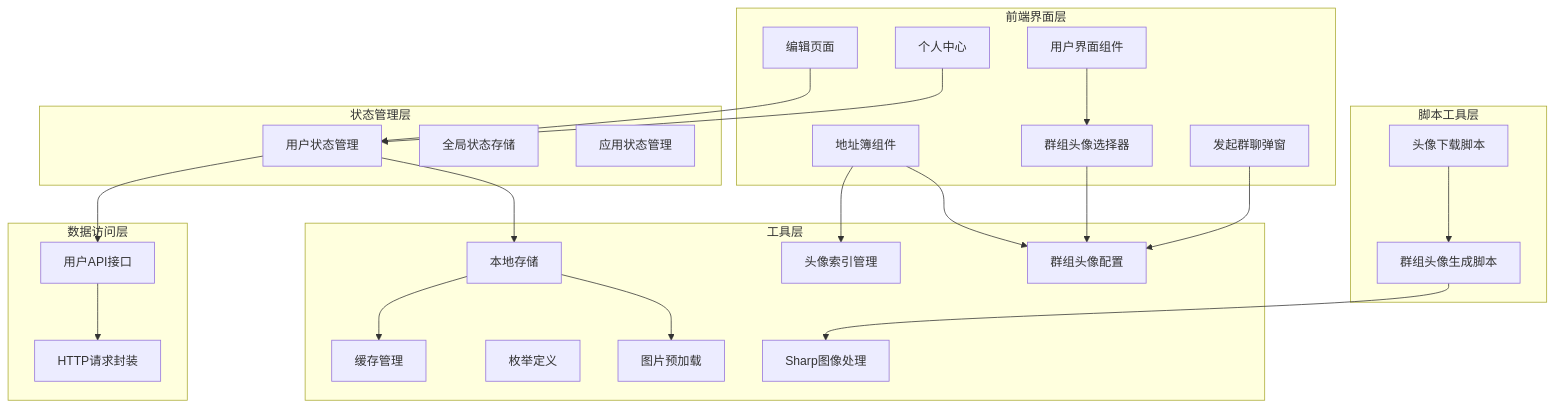
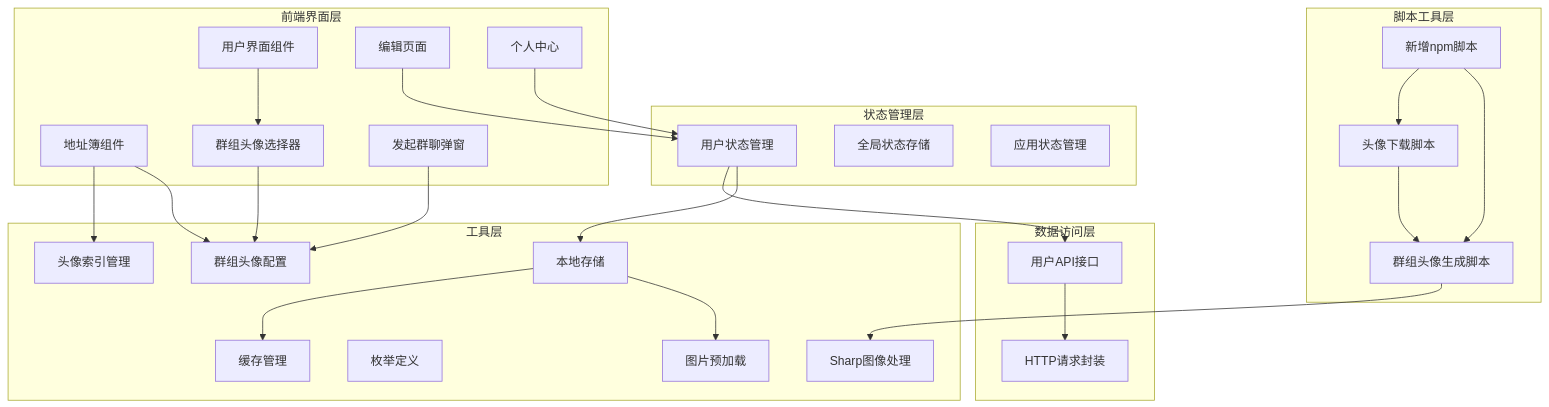
Before and after one commit to giserman001/vue3-vant4-mobile: the first of 11 diagrams in .qoder/repowiki/zh/content/核心系统/头像管理系统.md, drawn with Mermaid. The commit also changed other lines of this file and 9 other files, not shown here.

````diff
--- a/.qoder/repowiki/zh/content/核心系统/头像管理系统.md
+++ b/.qoder/repowiki/zh/content/核心系统/头像管理系统.md
@@ -60,47 +61,50 @@
 ```mermaid
 graph TB
 subgraph "前端界面层"
 A[用户界面组件]
 B[编辑页面]
 C[个人中心]
 D[地址簿组件]
 E[群组头像选择器]
 F[发起群聊弹窗]
 end
 subgraph "状态管理层"
 G[用户状态管理]
 H[全局状态存储]
 I[应用状态管理]
 end
 subgraph "数据访问层"
 J[用户API接口]
 K[HTTP请求封装]
 end
 subgraph "工具层"
 L[本地存储]
 M[缓存管理]
 N[枚举定义]
 O[图片预加载]
 P[头像索引管理]
 Q[群组头像配置]
 R[Sharp图像处理]
 end
 subgraph "脚本工具层"
 S[头像下载脚本]
 T[群组头像生成脚本]
+U[新增npm脚本]
 end
 A --> E
 B --> G
 C --> G
 D --> P
 D --> Q
 E --> Q
 F --> Q
 G --> J
 J --> K
 G --> L
 L --> M
 L --> O
 S --> T
 T --> R
+U --> S
+U --> T
 ```
````
